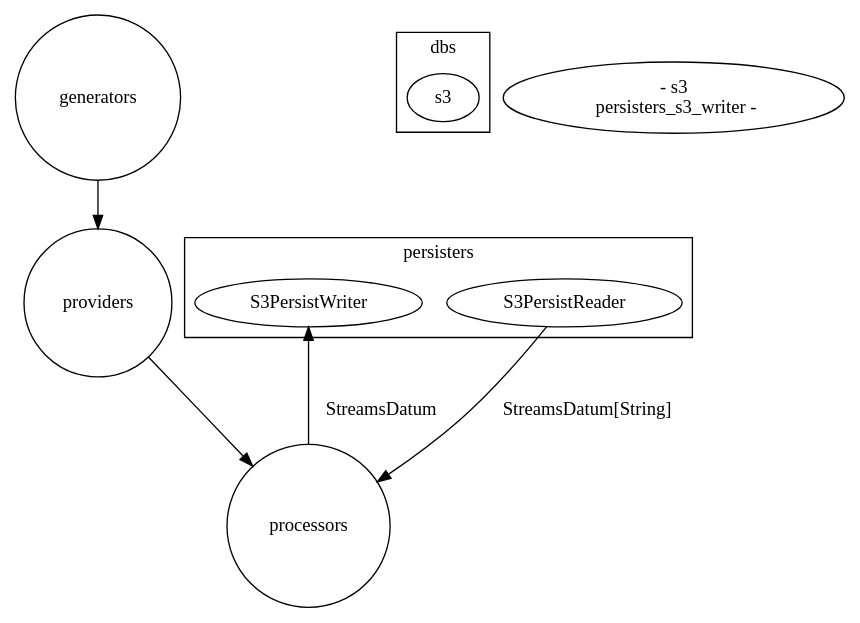
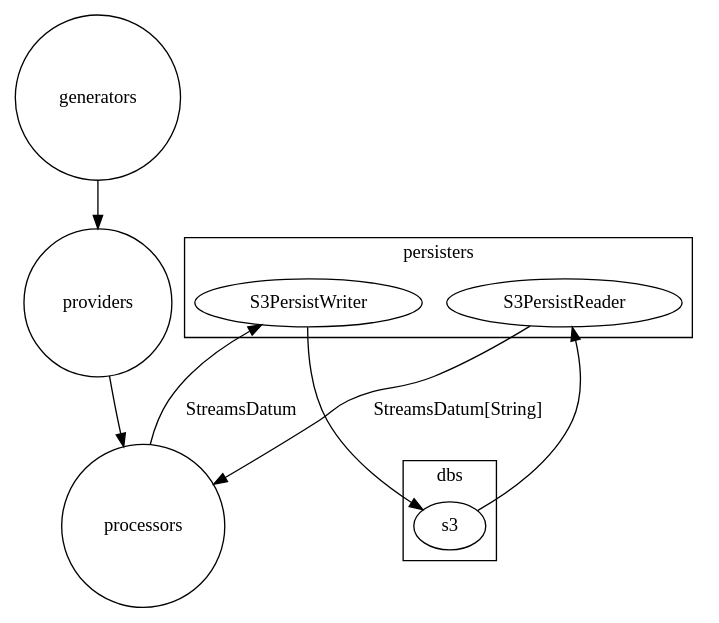
One commit to apache/streams changed the diagram in streams-contrib/streams-amazon-aws/streams-persist-s3/src/main/resources/components.dot. Above: the diagram before and after it, drawn with Graphviz. The commit also changed 59 other files, not shown here.

Commit message:
another round of README and diagram improvements

```diff
--- a/streams-contrib/streams-amazon-aws/streams-persist-s3/src/main/resources/components.dot
+++ b/streams-contrib/streams-amazon-aws/streams-persist-s3/src/main/resources/components.dot
@@ -1,32 +1,32 @@
 digraph g {
 
   graph [compound = true];
 
   //presentation
   splines = true;
   overlap = false;
   rankdir = TB;
 
   generators [label="generators", shape="circle"];
   providers [label="providers", shape="circle"];
   processors [label="processors", shape="circle"];
 
   subgraph cluster_persisters {
     label="persisters";
     persisters_s3_reader [label="S3PersistReader"]
     persisters_s3_writer [label="S3PersistWriter"]
   }
 
   subgraph cluster_dbs {
     label="dbs";
     s3 [label="s3"]
   }
 
   generators -> providers
   providers -> processors
   processors -> persisters_s3_writer [label="StreamsDatum"]
   persisters_s3_reader -> processors [label="StreamsDatum[String]"]
-  persisters_s3_reader <- s3
+  s3 -> persisters_s3_reader
   persisters_s3_writer -> s3
 
 }
```
